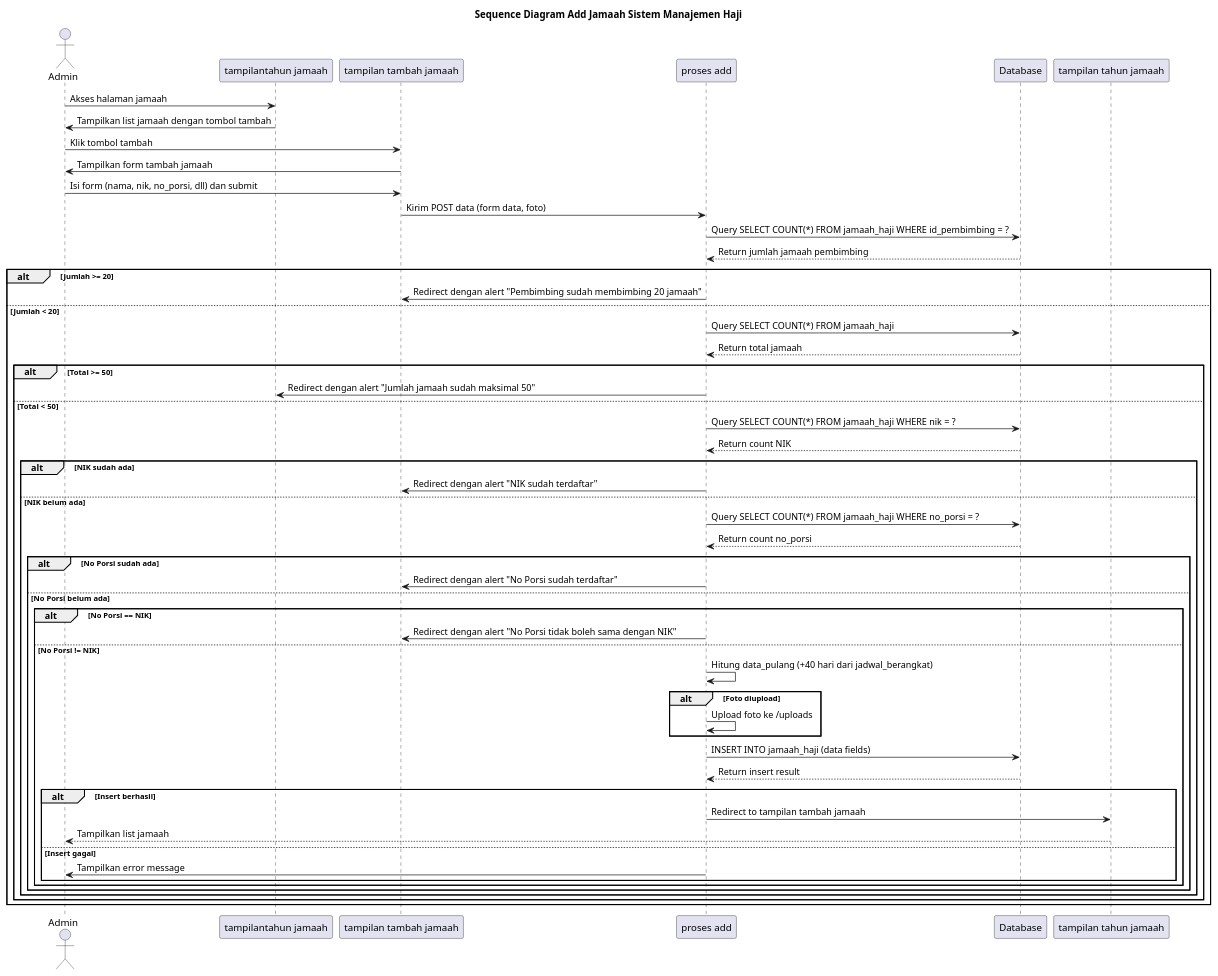
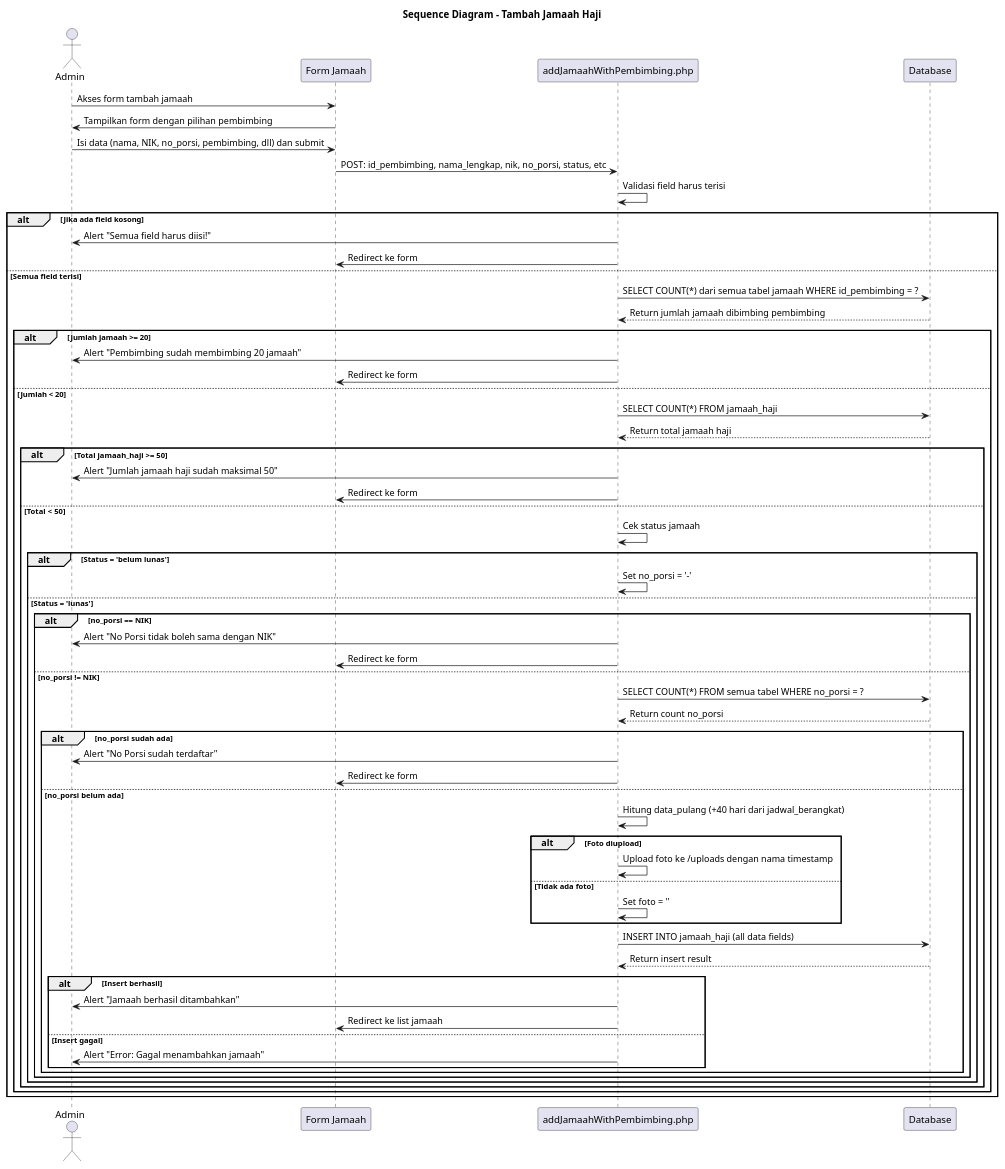
One commit to fauzirahayu/uzicom changed the diagram in komponen/sequence_diagram_add_jamaah.puml. Above: the diagram before and after it, drawn with PlantUML. The commit also changed 19 other files, not shown here.

```diff
--- a/komponen/sequence_diagram_add_jamaah.puml
+++ b/komponen/sequence_diagram_add_jamaah.puml
@@ -1,69 +1,76 @@
 @startuml Sequence Diagram Add Jamaah
 
-title Sequence Diagram Add Jamaah Sistem Manajemen Haji
+title Sequence Diagram - Tambah Jamaah Haji
 
-actor Admin as Admin
-participant "tampilantahun jamaah" as JamaahPage
-participant "tampilan tambah jamaah" as FormPage
-participant "proses add" as AddJamaah
+actor Admin
+participant "Form Jamaah" as Form
+participant "addJamaahWithPembimbing.php" as Process
 participant "Database" as DB
-participant "tampilan tahun jamaah" as JamaahList
 
-Admin -> JamaahPage: Akses halaman jamaah
-JamaahPage -> Admin: Tampilkan list jamaah dengan tombol tambah
+Admin -> Form: Akses form tambah jamaah
+Form -> Admin: Tampilkan form dengan pilihan pembimbing
 
-Admin -> FormPage: Klik tombol tambah
-FormPage -> Admin: Tampilkan form tambah jamaah
+Admin -> Form: Isi data (nama, NIK, no_porsi, pembimbing, dll) dan submit
+Form -> Process: POST: id_pembimbing, nama_lengkap, nik, no_porsi, status, etc
 
-Admin -> FormPage: Isi form (nama, nik, no_porsi, dll) dan submit
-FormPage -> AddJamaah: Kirim POST data (form data, foto)
+Process -> Process: Validasi field harus terisi
 
-AddJamaah -> DB: Query SELECT COUNT(*) FROM jamaah_haji WHERE id_pembimbing = ?
-DB --> AddJamaah: Return jumlah jamaah pembimbing
-
-alt Jumlah >= 20
-    AddJamaah -> FormPage: Redirect dengan alert "Pembimbing sudah membimbing 20 jamaah"
-else Jumlah < 20
-    AddJamaah -> DB: Query SELECT COUNT(*) FROM jamaah_haji
-    DB --> AddJamaah: Return total jamaah
-
-    alt Total >= 50
-        AddJamaah -> JamaahPage: Redirect dengan alert "Jumlah jamaah sudah maksimal 50"
-    else Total < 50
-        AddJamaah -> DB: Query SELECT COUNT(*) FROM jamaah_haji WHERE nik = ?
-        DB --> AddJamaah: Return count NIK
-
-        alt NIK sudah ada
-            AddJamaah -> FormPage: Redirect dengan alert "NIK sudah terdaftar"
-        else NIK belum ada
-            AddJamaah -> DB: Query SELECT COUNT(*) FROM jamaah_haji WHERE no_porsi = ?
-            DB --> AddJamaah: Return count no_porsi
-
-            alt No Porsi sudah ada
-                AddJamaah -> FormPage: Redirect dengan alert "No Porsi sudah terdaftar"
-            else No Porsi belum ada
-                alt No Porsi == NIK
-                    AddJamaah -> FormPage: Redirect dengan alert "No Porsi tidak boleh sama dengan NIK"
-                else No Porsi != NIK
-                    AddJamaah -> AddJamaah: Hitung data_pulang (+40 hari dari jadwal_berangkat)
-
-                    alt Foto diupload
-                        AddJamaah -> AddJamaah: Upload foto ke /uploads
-                    end
-
-                    AddJamaah -> DB: INSERT INTO jamaah_haji (data fields)
-                    DB --> AddJamaah: Return insert result
-
-                    alt Insert berhasil
-                        AddJamaah -> JamaahList: Redirect to tampilan tambah jamaah
-                        JamaahList --> Admin: Tampilkan list jamaah
-                    else Insert gagal
-                        AddJamaah -> Admin: Tampilkan error message
+alt Jika ada field kosong
+    Process -> Admin: Alert "Semua field harus diisi!"
+    Process -> Form: Redirect ke form
+else Semua field terisi
+    Process -> DB: SELECT COUNT(*) dari semua tabel jamaah WHERE id_pembimbing = ?
+    DB --> Process: Return jumlah jamaah dibimbing pembimbing
+    
+    alt Jumlah jamaah >= 20
+        Process -> Admin: Alert "Pembimbing sudah membimbing 20 jamaah"
+        Process -> Form: Redirect ke form
+    else Jumlah < 20
+        Process -> DB: SELECT COUNT(*) FROM jamaah_haji
+        DB --> Process: Return total jamaah haji
+        
+        alt Total jamaah_haji >= 50
+            Process -> Admin: Alert "Jumlah jamaah haji sudah maksimal 50"
+            Process -> Form: Redirect ke form
+        else Total < 50
+            Process -> Process: Cek status jamaah
+            
+            alt Status = 'belum lunas'
+                Process -> Process: Set no_porsi = '-'
+            else Status = 'lunas'
+                alt no_porsi == NIK
+                    Process -> Admin: Alert "No Porsi tidak boleh sama dengan NIK"
+                    Process -> Form: Redirect ke form
+                else no_porsi != NIK
+                    Process -> DB: SELECT COUNT(*) FROM semua tabel WHERE no_porsi = ?
+                    DB --> Process: Return count no_porsi
+                    
+                    alt no_porsi sudah ada
+                        Process -> Admin: Alert "No Porsi sudah terdaftar"
+                        Process -> Form: Redirect ke form
+                    else no_porsi belum ada
+                        Process -> Process: Hitung data_pulang (+40 hari dari jadwal_berangkat)
+                        
+                        alt Foto diupload
+                            Process -> Process: Upload foto ke /uploads dengan nama timestamp
+                        else Tidak ada foto
+                            Process -> Process: Set foto = ''
+                        end
+                        
+                        Process -> DB: INSERT INTO jamaah_haji (all data fields)
+                        DB --> Process: Return insert result
+                        
+                        alt Insert berhasil
+                            Process -> Admin: Alert "Jamaah berhasil ditambahkan"
+                            Process -> Form: Redirect ke list jamaah
+                        else Insert gagal
+                            Process -> Admin: Alert "Error: Gagal menambahkan jamaah"
+                        end
                     end
                 end
             end
         end
     end
 end
 
 @enduml
```
